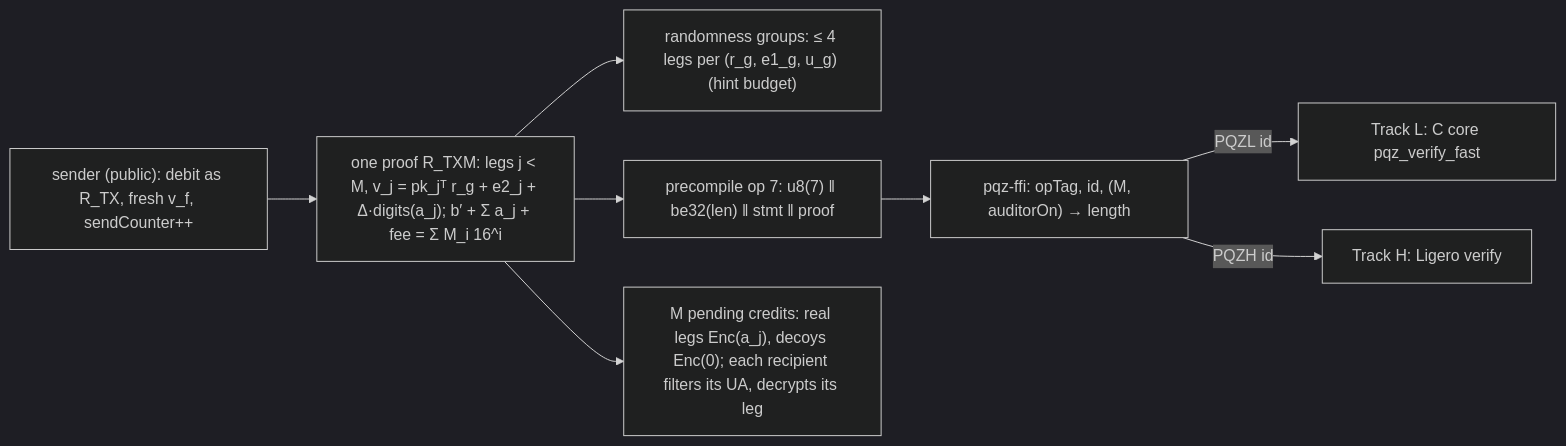
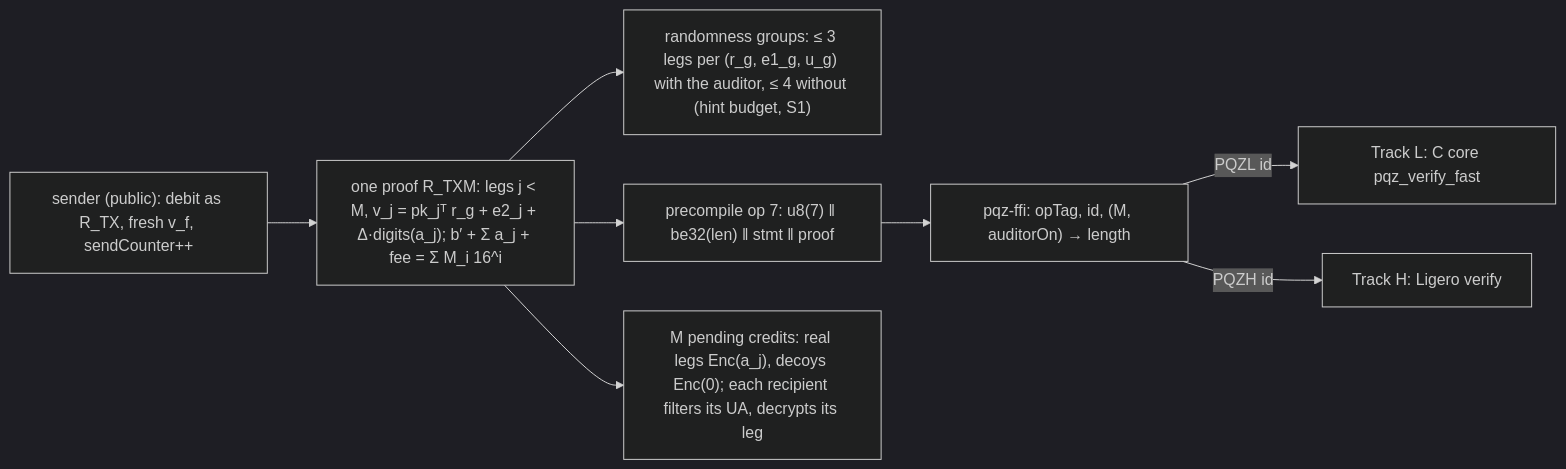
Before and after one commit to dinhduongha/scaas: the diagram in docs/superpowers/plans/2026-10-14-p6-anon.md, drawn with Mermaid (dark theme). The commit also changed other lines of this file and 17 other files, not shown here.

````diff
--- a/docs/superpowers/plans/2026-10-14-p6-anon.md
+++ b/docs/superpowers/plans/2026-10-14-p6-anon.md
@@ -36,10 +36,10 @@
 ```mermaid
 flowchart LR
   S["sender (public): debit as R_TX, fresh v_f, sendCounter++"] --> P["one proof R_TXM: legs j < M, v_j = pk_jᵀ r_g + e2_j + Δ·digits(a_j); b′ + Σ a_j + fee = Σ M_i 16^i"]
-  P --> G["randomness groups: ≤ 4 legs per (r_g, e1_g, u_g) (hint budget)"]
+  P --> G["randomness groups: ≤ 3 legs per (r_g, e1_g, u_g) with the auditor, ≤ 4 without (hint budget, S1)"]
   P --> IN["precompile op 7: u8(7) ‖ be32(len) ‖ stmt ‖ proof"]
   IN --> FFI["pqz-ffi: opTag, id, (M, auditorOn) → length"]
   FFI -->|"PQZL id"| L["Track L: C core pqz_verify_fast"]
   FFI -->|"PQZH id"| H["Track H: Ligero verify"]
   P --> R["M pending credits: real legs Enc(a_j), decoys Enc(0); each recipient filters its UA, decrypts its leg"]
 ```
````
